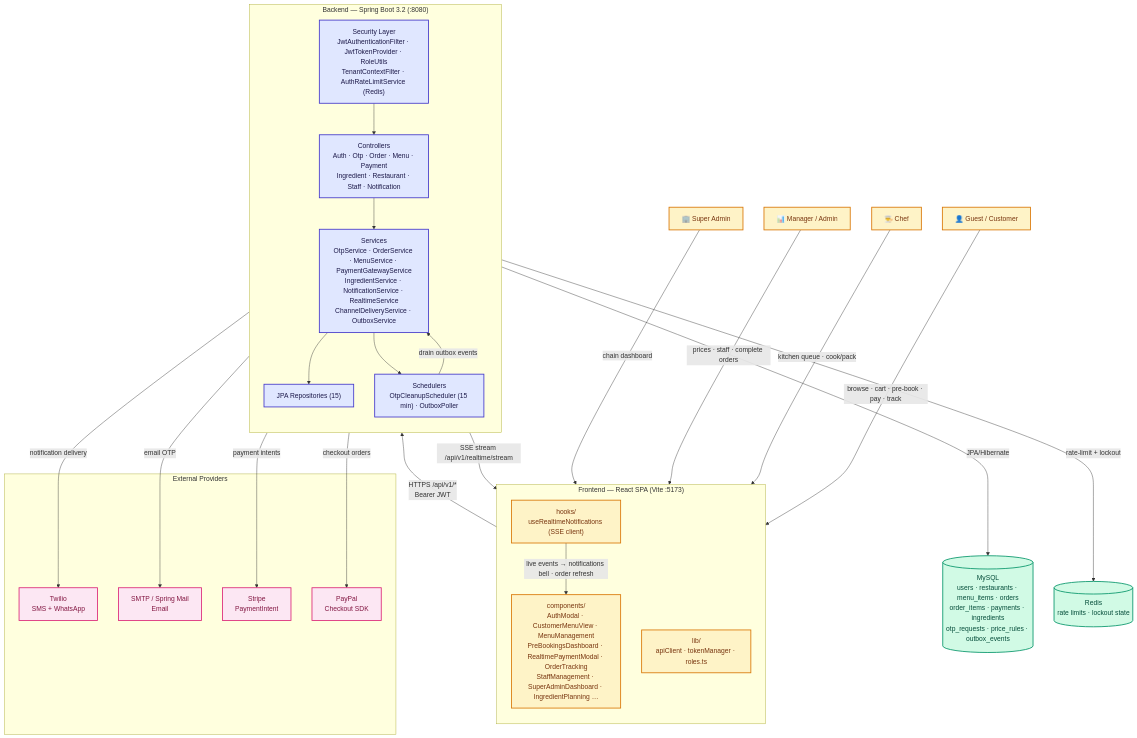
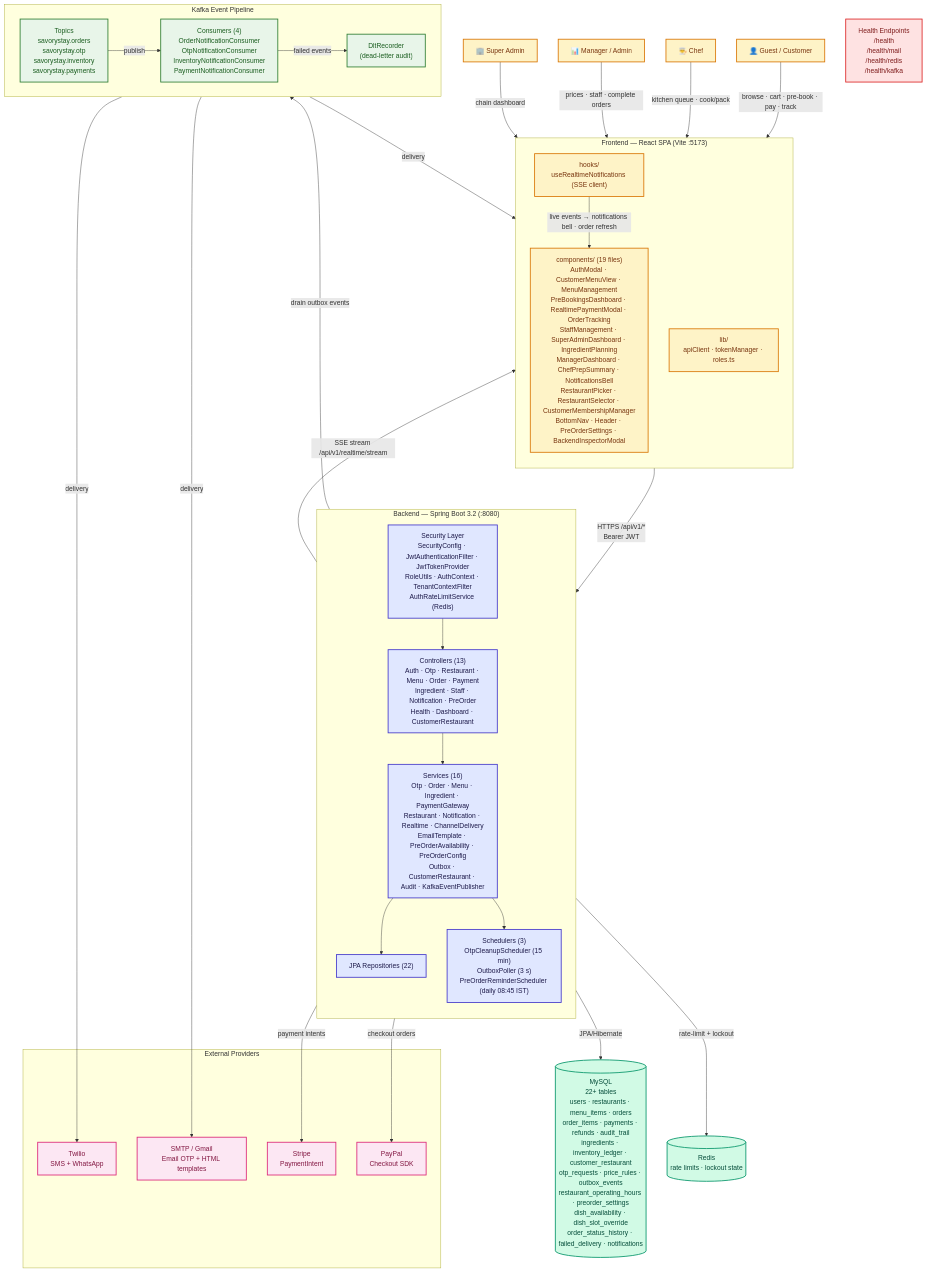
One commit to InfiniteSoulKKS/Resturant-App changed the diagram in ARCHITECTURE_DIAGRAM.mmd. Above: the diagram before and after it, drawn with Mermaid. The commit also changed 24 other files, not shown here.

```diff
--- a/ARCHITECTURE_DIAGRAM.mmd
+++ b/ARCHITECTURE_DIAGRAM.mmd
@@ -1,72 +1,90 @@
 flowchart TD
     %% ─── Styling ───
     classDef fe fill:#fef3c7,stroke:#d97706,color:#78350f,stroke-width:2px
     classDef be fill:#e0e7ff,stroke:#4338ca,color:#1e1b4b,stroke-width:2px
     classDef data fill:#d1fae5,stroke:#059669,color:#064e3b,stroke-width:2px
     classDef ext fill:#fce7f3,stroke:#db2777,color:#831843,stroke-width:2px
     classDef sec fill:#fee2e2,stroke:#dc2626,color:#7f1d1d,stroke-width:2px
+    classDef kafka fill:#e8f5e9,stroke:#2e7d32,color:#1b5e20,stroke-width:2px
 
     %% ─── Actors ───
     U[👤 Guest / Customer]
     S[👨‍🍳 Chef]
     M[📊 Manager / Admin]
     A[🏢 Super Admin]
 
     %% ─── Frontend ───
     subgraph FE["Frontend — React SPA (Vite :5173)"]
         direction TB
-        C1["components/<br/>AuthModal · CustomerMenuView · MenuManagement<br/>PreBookingsDashboard · RealtimePaymentModal · OrderTracking<br/>StaffManagement · SuperAdminDashboard · IngredientPlanning …"]
+        C1["components/ (19 files)<br/>AuthModal · CustomerMenuView · MenuManagement<br/>PreBookingsDashboard · RealtimePaymentModal · OrderTracking<br/>StaffManagement · SuperAdminDashboard · IngredientPlanning<br/>ManagerDashboard · ChefPrepSummary · NotificationsBell<br/>RestaurantPicker · RestaurantSelector · CustomerMembershipManager<br/>BottomNav · Header · PreOrderSettings · BackendInspectorModal"]
         C2["lib/<br/>apiClient · tokenManager · roles.ts"]
         C3["hooks/<br/>useRealtimeNotifications (SSE client)"]
     end
 
     %% ─── Backend ───
     subgraph BE["Backend — Spring Boot 3.2 (:8080)"]
         direction TB
-        SEC["Security Layer<br/>JwtAuthenticationFilter · JwtTokenProvider · RoleUtils<br/>TenantContextFilter · AuthRateLimitService (Redis)"]
-        CTRL["Controllers<br/>Auth · Otp · Order · Menu · Payment<br/>Ingredient · Restaurant · Staff · Notification"]
-        SVC["Services<br/>OtpService · OrderService · MenuService · PaymentGatewayService<br/>IngredientService · NotificationService · RealtimeService<br/>ChannelDeliveryService · OutboxService"]
-        SCH["Schedulers<br/>OtpCleanupScheduler (15 min) · OutboxPoller"]
-        REPO["JPA Repositories (15)"]
+        SEC["Security Layer<br/>SecurityConfig · JwtAuthenticationFilter · JwtTokenProvider<br/>RoleUtils · AuthContext · TenantContextFilter<br/>AuthRateLimitService (Redis)"]
+        CTRL["Controllers (13)<br/>Auth · Otp · Restaurant · Menu · Order · Payment<br/>Ingredient · Staff · Notification · PreOrder<br/>Health · Dashboard · CustomerRestaurant"]
+        SVC["Services (16)<br/>Otp · Order · Menu · Ingredient · PaymentGateway<br/>Restaurant · Notification · Realtime · ChannelDelivery<br/>EmailTemplate · PreOrderAvailability · PreOrderConfig<br/>Outbox · CustomerRestaurant · Audit · KafkaEventPublisher"]
+        SCH["Schedulers (3)<br/>OtpCleanupScheduler (15 min)<br/>OutboxPoller (3 s)<br/>PreOrderReminderScheduler (daily 08:45 IST)"]
+        REPO["JPA Repositories (22)"]
+    end
+
+    %% ─── Kafka Layer ───
+    subgraph KG["Kafka Event Pipeline"]
+        direction LR
+        KT["Topics<br/>savorystay.orders<br/>savorystay.otp<br/>savorystay.inventory<br/>savorystay.payments"]
+        KC["Consumers (4)<br/>OrderNotificationConsumer<br/>OtpNotificationConsumer<br/>InventoryNotificationConsumer<br/>PaymentNotificationConsumer"]
+        DL["DltRecorder<br/>(dead-letter audit)"]
     end
 
     %% ─── Data / Infra ───
-    DB[("MySQL<br/>users · restaurants · menu_items · orders<br/>order_items · payments · ingredients<br/>otp_requests · price_rules · outbox_events")]
+    DB[("MySQL<br/>22+ tables<br/>users · restaurants · menu_items · orders<br/>order_items · payments · refunds · audit_trail<br/>ingredients · inventory_ledger · customer_restaurant<br/>otp_requests · price_rules · outbox_events<br/>restaurant_operating_hours · preorder_settings<br/>dish_availability · dish_slot_override<br/>order_status_history · failed_delivery · notifications")]
     RD[("Redis<br/>rate limits · lockout state")]
 
     %% ─── External services ───
     subgraph EXT["External Providers"]
         TW["Twilio<br/>SMS + WhatsApp"]
-        SM["SMTP / Spring Mail<br/>Email"]
+        SM["SMTP / Gmail<br/>Email OTP + HTML templates"]
         ST["Stripe<br/>PaymentIntent"]
         PP["PayPal<br/>Checkout SDK"]
     end
 
     %% ─── Flows ───
     U -->|"browse · cart · pre-book · pay · track"| FE
     S -->|"kitchen queue · cook/pack"| FE
     M -->|"prices · staff · complete orders"| FE
     A -->|"chain dashboard"| FE
 
     FE -->|"HTTPS /api/v1/*<br/>Bearer JWT"| SEC
     SEC --> CTRL
     CTRL --> SVC
     SVC --> REPO
     SVC --> SCH
     REPO -->|"JPA/Hibernate"| DB
     SEC -->|"rate-limit + lockout"| RD
 
-    SCH -->|"drain outbox events"| SVC
-    SVC -->|"notification delivery"| TW
-    SVC -->|"email OTP"| SM
+    SCH -->|"drain outbox events"| KT
+    KT -->|"publish"| KC
+    KC -->|"delivery"| TW
+    KC -->|"delivery"| SM
+    KC -->|"delivery"| FE
+    KC -->|"failed events"| DL
+
     SVC -->|"payment intents"| ST
     SVC -->|"checkout orders"| PP
 
     SVC -->|"SSE stream /api/v1/realtime/stream"| C3
     C3 -->|"live events → notifications bell · order refresh"| C1
 
+    %% ─── Health Check ───
+    HC["Health Endpoints<br/>/health<br/>/health/mail<br/>/health/redis<br/>/health/kafka"]
+
     class U,S,M,A fe
     class C1,C2,C3 fe
     class SEC,CTRL,SVC,SCH,REPO be
+    class KT,KC,DL kafka
     class DB,RD data
     class TW,SM,ST,PP ext
+    class HC sec
```
